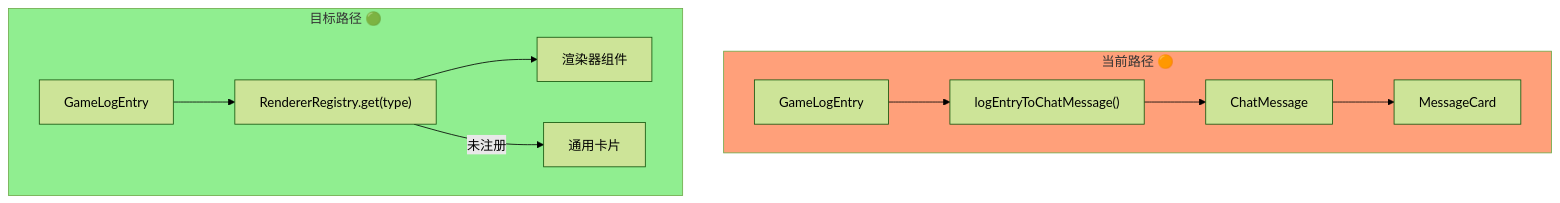
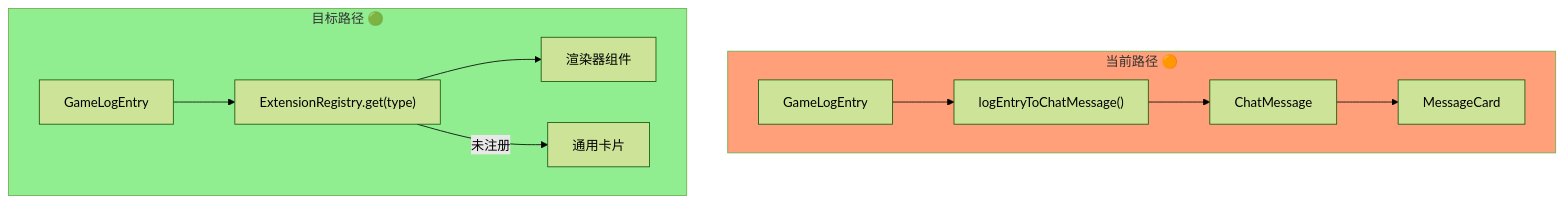
One commit to RidRisR/myVTT changed diagram 11 of 18 in docs/design/17-插件系统演进路线.md. Above: the diagram before and after it, drawn with Mermaid (forest theme). The commit also changed other lines of this file and 47 other files, not shown here.

````diff
--- a/docs/design/17-插件系统演进路线.md
+++ b/docs/design/17-插件系统演进路线.md
@@ -433,14 +434,14 @@
 ```mermaid
 graph TD
     subgraph Current["当前路径 🟠"]
         GLE1["GameLogEntry"] --> CONV["logEntryToChatMessage()"] --> CM["ChatMessage"] --> MC["MessageCard"]
     end
 
     subgraph Target["目标路径 🟢"]
-        GLE2["GameLogEntry"] --> RR["RendererRegistry.get(type)"] --> RENDER["渲染器组件"]
+        GLE2["GameLogEntry"] --> RR["ExtensionRegistry.get(type)"] --> RENDER["渲染器组件"]
         RR -->|未注册| FALLBACK["通用卡片"]
     end
 
     style Current fill:#FFA07A
     style Target fill:#90EE90
 ```
````
